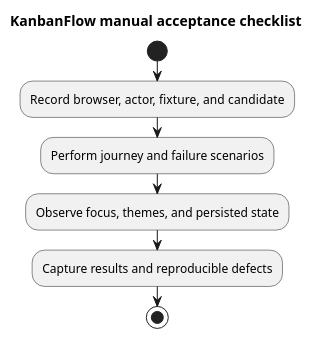
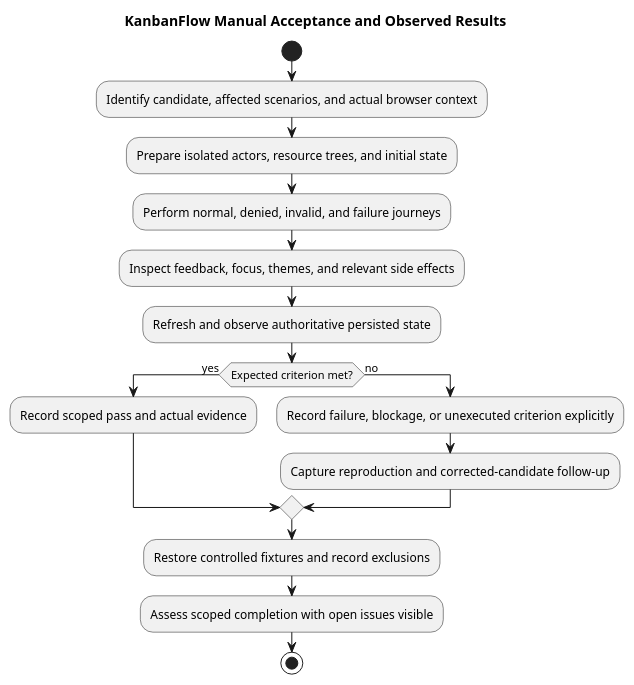
The diagram in docs/SDLC/06-testing/manual-acceptance-checklist.md (Farhad-Valizadegan/Web-KanbanFlow), drawn with PlantUML before and after one commit. The commit also changed other lines of this file and 2 other files, not shown here.

Commit message:
docs: complete manual acceptance scenarios and result guidance

````diff
--- a/docs/SDLC/06-testing/manual-acceptance-checklist.md
+++ b/docs/SDLC/06-testing/manual-acceptance-checklist.md
@@ -42,11 +100,20 @@
 ```plantuml
 @startuml
-title KanbanFlow manual acceptance checklist
+title KanbanFlow Manual Acceptance and Observed Results
 start
-:Record browser, actor, fixture, and candidate;
-:Perform journey and failure scenarios;
-:Observe focus, themes, and persisted state;
-:Capture results and reproducible defects;
+:Identify candidate, affected scenarios, and actual browser context;
+:Prepare isolated actors, resource trees, and initial state;
+:Perform normal, denied, invalid, and failure journeys;
+:Inspect feedback, focus, themes, and relevant side effects;
+:Refresh and observe authoritative persisted state;
+if (Expected criterion met?) then (yes)
+ :Record scoped pass and actual evidence;
+else (no)
+ :Record failure, blockage, or unexecuted criterion explicitly;
+ :Capture reproduction and corrected-candidate follow-up;
+endif
+:Restore controlled fixtures and record exclusions;
+:Assess scoped completion with open issues visible;
 stop
 @enduml
 ```
````
